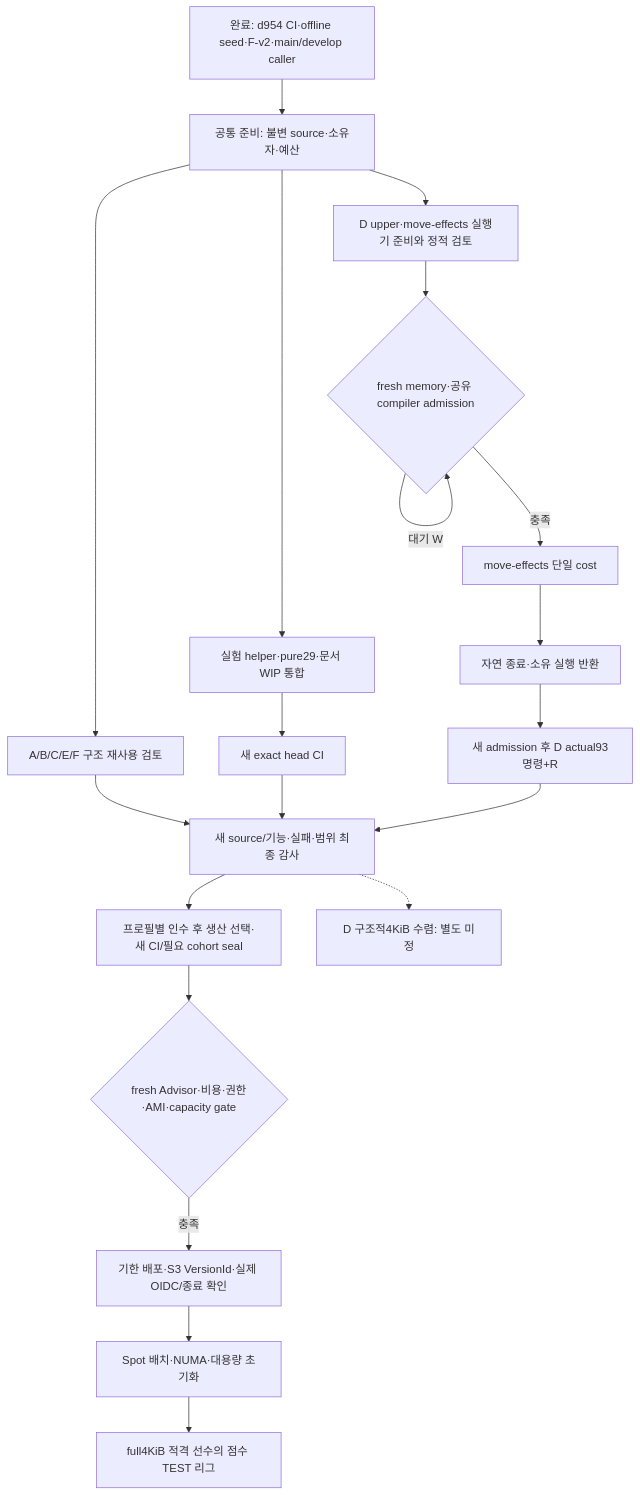
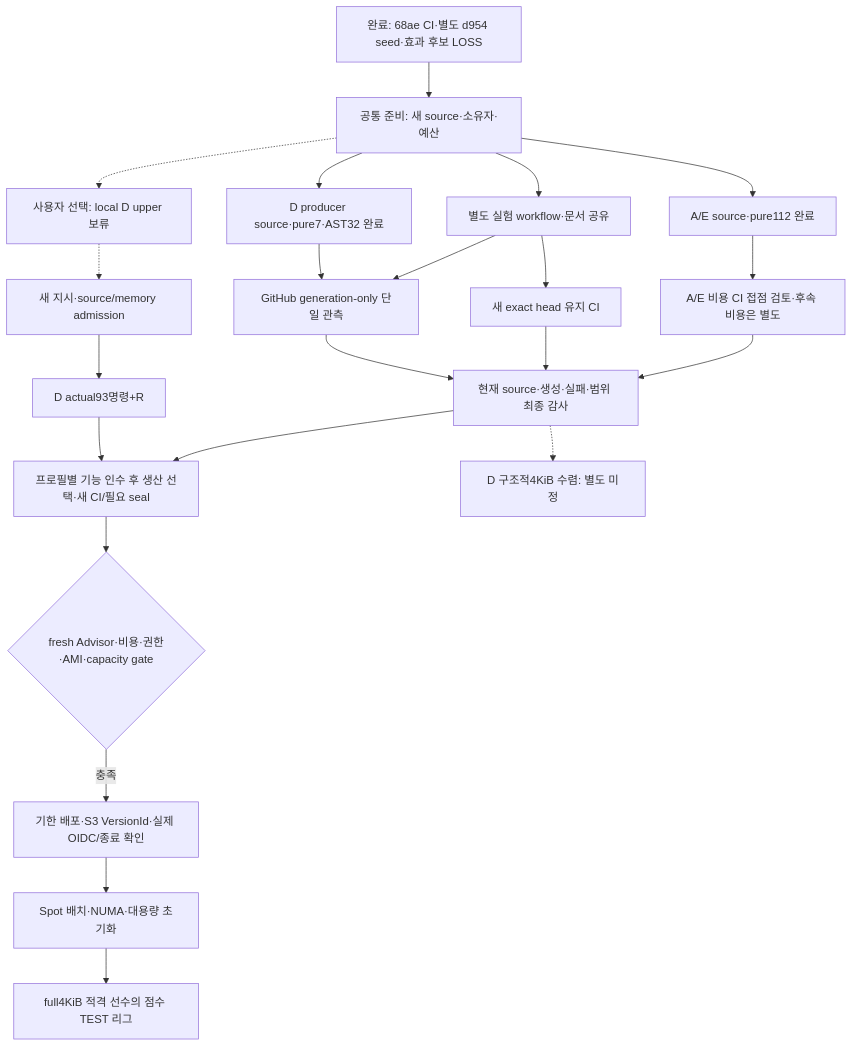
The fourth of 4 diagrams in docs/ENGINE-PLAN.ko.md (daejunnom/Rove4k), drawn with Mermaid before and after one commit. The commit also changed other lines of this file and 5 other files, not shown here.

Commit message:
Add finite D producer and isolated experimental generation CI

```diff
--- a/docs/ENGINE-PLAN.ko.md
+++ b/docs/ENGINE-PLAN.ko.md
@@ -659,22 +668,24 @@
 ~~~mermaid
 flowchart TD
-  DONE[완료: d954 CI·offline seed·F-v2·main/develop caller] --> PREP[공통 준비: 불변 source·소유자·예산]
-  PREP --> SP[D upper·move-effects 실행기 준비와 정적 검토]
-  PREP --> REUSE[A/B/C/E/F 구조 재사용 검토]
-  PREP --> WIP[실험 helper·pure29·문서 WIP 통합]
-  WIP --> CI[새 exact head CI]
-  SP --> MEM{fresh memory·공유 compiler admission}
-  MEM -->|대기 W| MEM
-  MEM -->|충족| COST[move-effects 단일 cost]
-  COST --> SETTLE[자연 종료·소유 실행 반환]
-  SETTLE --> UPPER[새 admission 후 D actual93명령+R]
-  UPPER --> AUDIT[새 source/기능·실패·범위 최종 감사]
+  DONE[완료: 68ae CI·별도 d954 seed·효과 후보 LOSS] --> PREP[공통 준비: 새 source·소유자·예산]
+  PREP --> D[D producer source·pure7·AST32 완료]
+  PREP --> AE[A/E source·pure112 완료]
+  PREP --> WIP[별도 실험 workflow·문서 공유]
+  D --> GEN[GitHub generation-only 단일 관측]
+  WIP --> GEN
+  WIP --> CI[새 exact head 유지 CI]
+  AE --> COST[A/E 비용 CI 접점 검토·후속 비용은 별도]
+  GEN --> AUDIT[현재 source·생성·실패·범위 최종 감사]
   CI --> AUDIT
-  REUSE --> AUDIT
-  AUDIT --> SELECT[프로필별 인수 후 생산 선택·새 CI/필요 cohort seal]
+  COST --> AUDIT
+  PREP -.-> HOLD[사용자 선택: local D upper 보류]
+  HOLD -.-> MEM[새 지시·source/memory admission]
+  MEM --> UPPER[D actual93명령+R]
+  UPPER --> SELECT[프로필별 기능 인수 후 생산 선택·새 CI/필요 seal]
+  AUDIT --> SELECT
   SELECT --> GATE{fresh Advisor·비용·권한·AMI·capacity gate}
   GATE -->|충족| LIVE[기한 배포·S3 VersionId·실제 OIDC/종료 확인]
   LIVE --> NUMA[Spot 배치·NUMA·대용량 초기화]
   NUMA --> LEAGUE[full4KiB 적격 선수의 점수 TEST 리그]
   AUDIT -.-> SIZE[D 구조적4KiB 수렴: 별도 미정]
 ~~~
```
